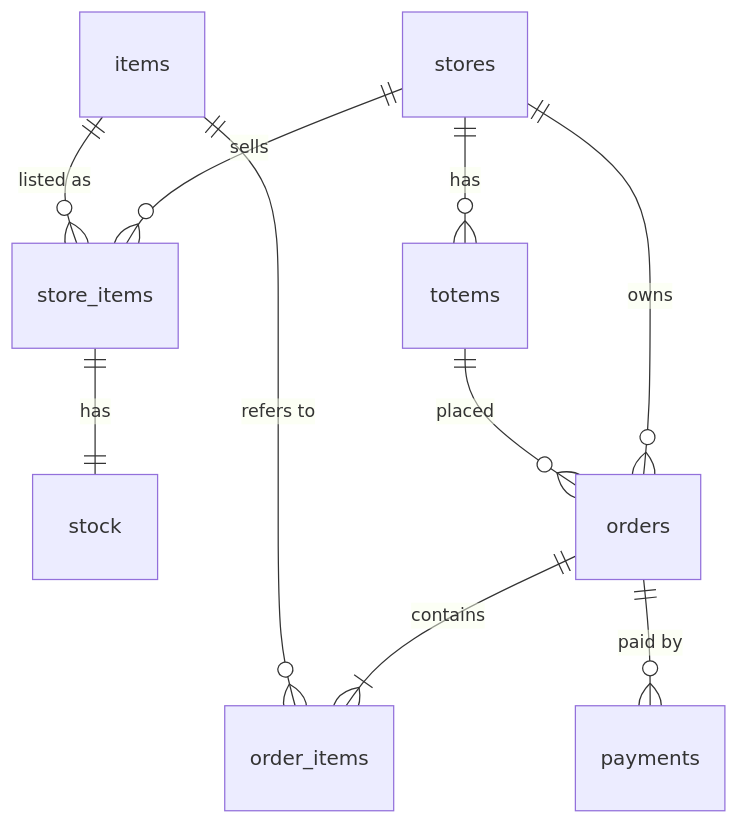
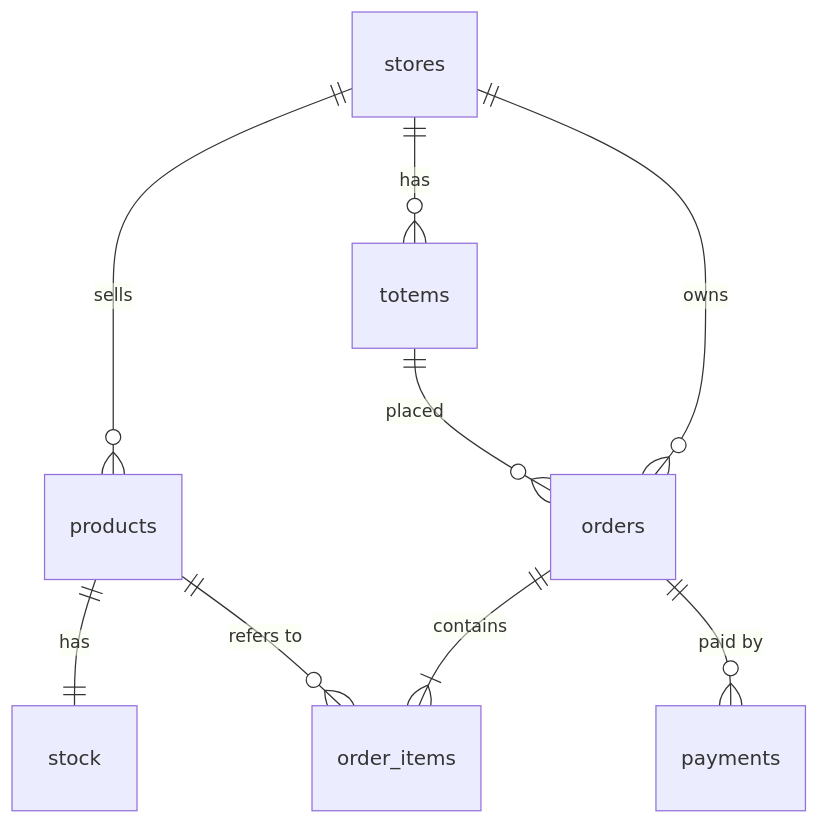
Before and after one commit to cunhazera/checkout: the diagram in DISTRIBUTED_ARCHITECTURE.md, drawn with Mermaid. The commit also changed other lines of this file and 37 other files, not shown here.

First line of the commit message:
Products belong to the store that sells them

````diff
--- a/DISTRIBUTED_ARCHITECTURE.md
+++ b/DISTRIBUTED_ARCHITECTURE.md
@@ -49,12 +51,11 @@
 ```mermaid
 erDiagram
     stores ||--o{ totems : "has"
-    stores ||--o{ store_items : "sells"
-    items ||--o{ store_items : "listed as"
-    store_items ||--|| stock : "has"
+    stores ||--o{ products : "sells"
+    products ||--|| stock : "has"
     stores ||--o{ orders : "owns"
     totems ||--o{ orders : "placed"
     orders ||--|{ order_items : "contains"
-    items ||--o{ order_items : "refers to"
+    products ||--o{ order_items : "refers to"
     orders ||--o{ payments : "paid by"
 ```
````
